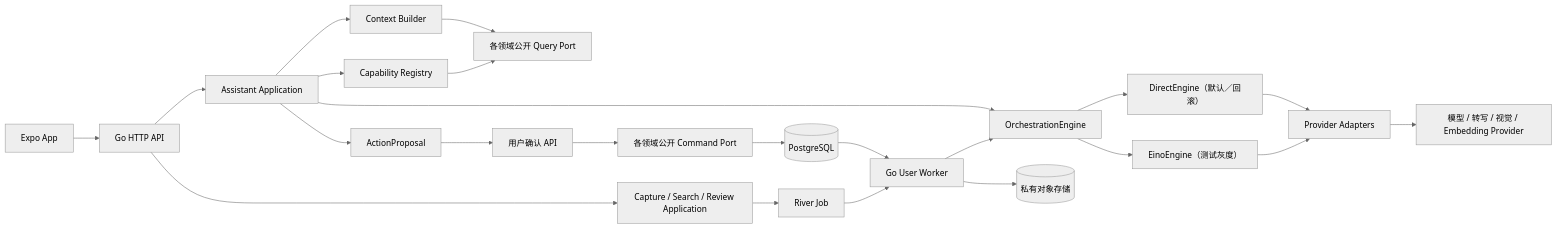
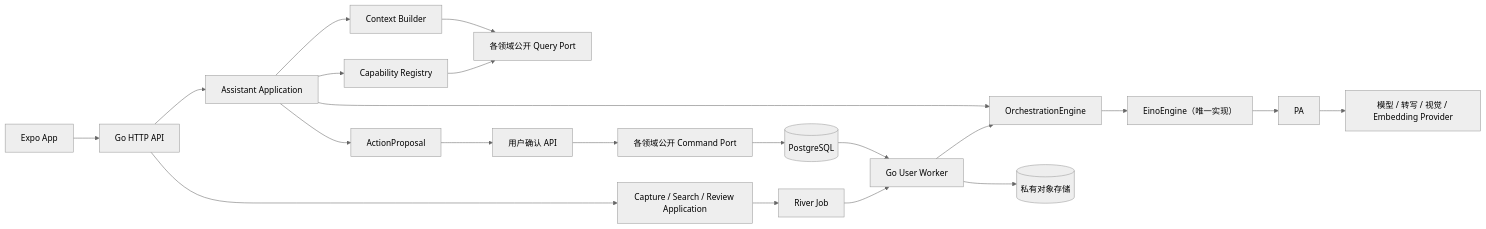
Before and after one commit to xiaoguo123456/steward: the first of 3 diagrams in docs/后端与AI开发指南.md, drawn with Mermaid (neutral theme). The commit also changed other lines of this file and 18 other files, not shown here.

````diff
--- a/docs/后端与AI开发指南.md
+++ b/docs/后端与AI开发指南.md
@@ -121,25 +121,23 @@
 ```mermaid
 flowchart LR
     APP["Expo App"] --> API["Go HTTP API"]
     API --> AM["Assistant Application"]
     API --> CM["Capture / Search / Review Application"]
     AM --> CB["Context Builder"]
     AM --> CR["Capability Registry"]
     AM --> OE["OrchestrationEngine"]
     CB --> QP["各领域公开 Query Port"]
     CR --> QP
-    OE --> DE["DirectEngine（默认／回滚）"]
-    OE --> EE["EinoEngine（测试灰度）"]
-    DE --> PA["Provider Adapters"]
+    OE --> EE["EinoEngine（唯一实现）"]
     EE --> PA
     PA --> LLM["模型 / 转写 / 视觉 / Embedding Provider"]
     AM --> AP["ActionProposal"]
     AP --> CONFIRM["用户确认 API"]
     CONFIRM --> CP["各领域公开 Command Port"]
     CP --> DB[("PostgreSQL")]
     CM --> JOB["River Job"]
     JOB --> WORKER["Go User Worker"]
     WORKER --> OE
     DB --> WORKER
     WORKER --> OSS[("私有对象存储")]
 ```
````
